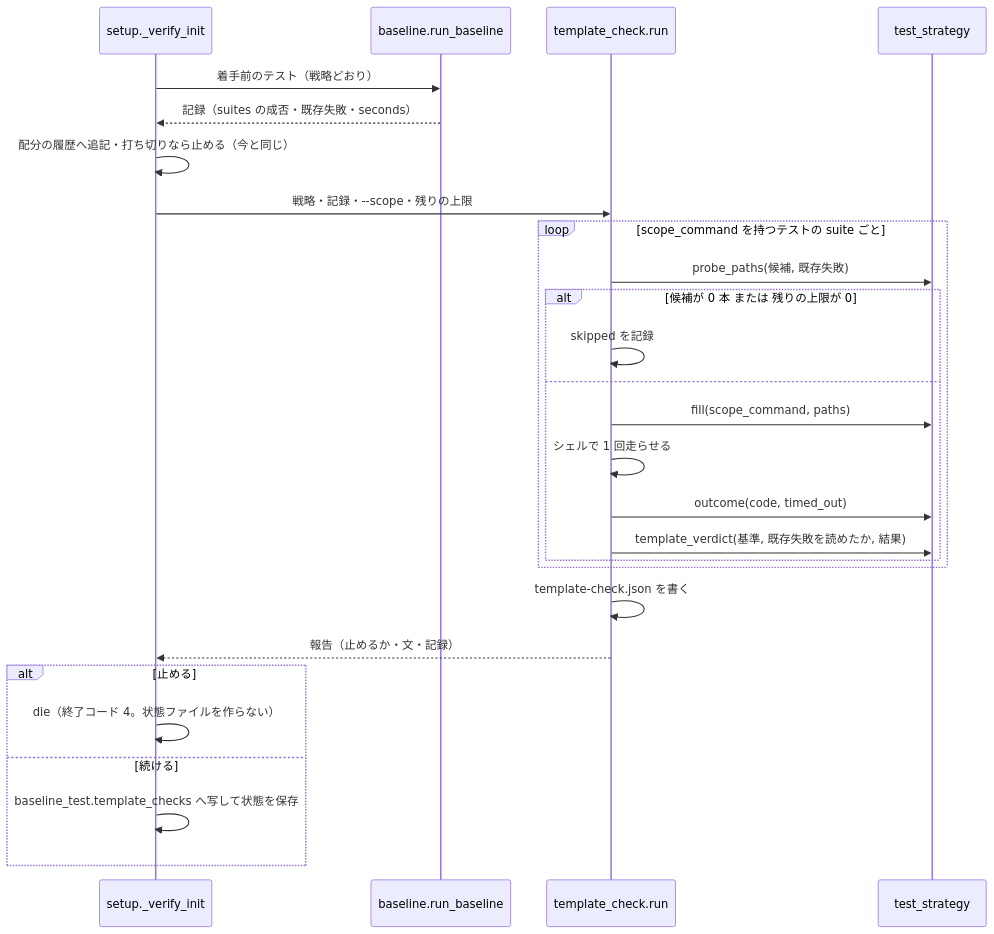
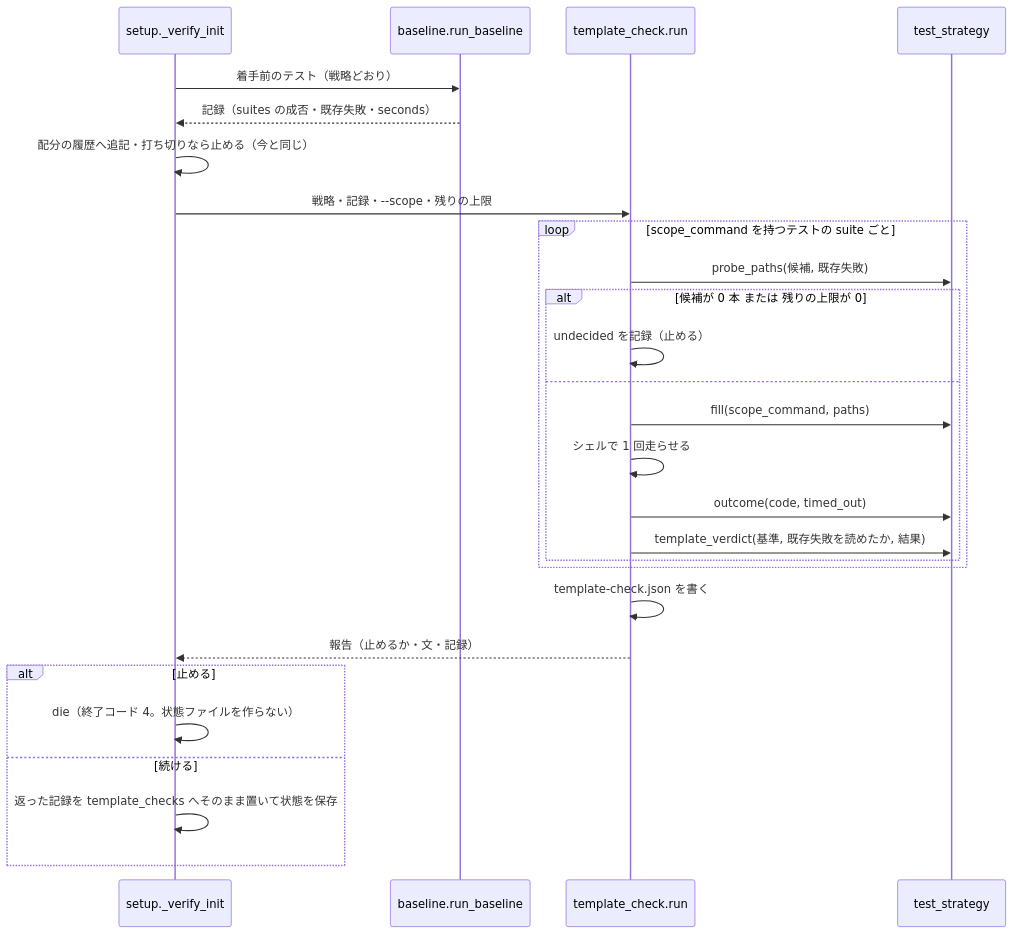
The third of 3 diagrams in issues/issue-1630-design.md (devbasex/ai-plugins), drawn with Mermaid before and after one commit. The commit also changed other lines of this file, not shown here.

First line of the commit message:
design(#1630): 試走を確かめずに続ける経路を無くし、試走の記録の持ち主を template_check.py に決める

````diff
--- a/issues/issue-1630-design.md
+++ b/issues/issue-1630-design.md
@@ -232,29 +241,29 @@
 ```mermaid
 sequenceDiagram
   participant S as setup._verify_init
   participant B as baseline.run_baseline
   participant T as template_check.run
   participant L as test_strategy
   S->>B: 着手前のテスト（戦略どおり）
   B-->>S: 記録（suites の成否・既存失敗・seconds）
   S->>S: 配分の履歴へ追記・打ち切りなら止める（今と同じ）
   S->>T: 戦略・記録・--scope・残りの上限
   loop scope_command を持つテストの suite ごと
     T->>L: probe_paths(候補, 既存失敗)
     alt 候補が 0 本 または 残りの上限が 0
-      T->>T: skipped を記録
+      T->>T: undecided を記録（止める）
     else
       T->>L: fill(scope_command, paths)
       T->>T: シェルで 1 回走らせる
       T->>L: outcome(code, timed_out)
       T->>L: template_verdict(基準, 既存失敗を読めたか, 結果)
     end
   end
   T->>T: template-check.json を書く
   T-->>S: 報告（止めるか・文・記録）
   alt 止める
     S->>S: die（終了コード 4。状態ファイルを作らない）
   else 続ける
-    S->>S: baseline_test.template_checks へ写して状態を保存
+    S->>S: 返った記録を template_checks へそのまま置いて状態を保存
   end
 ```
````
